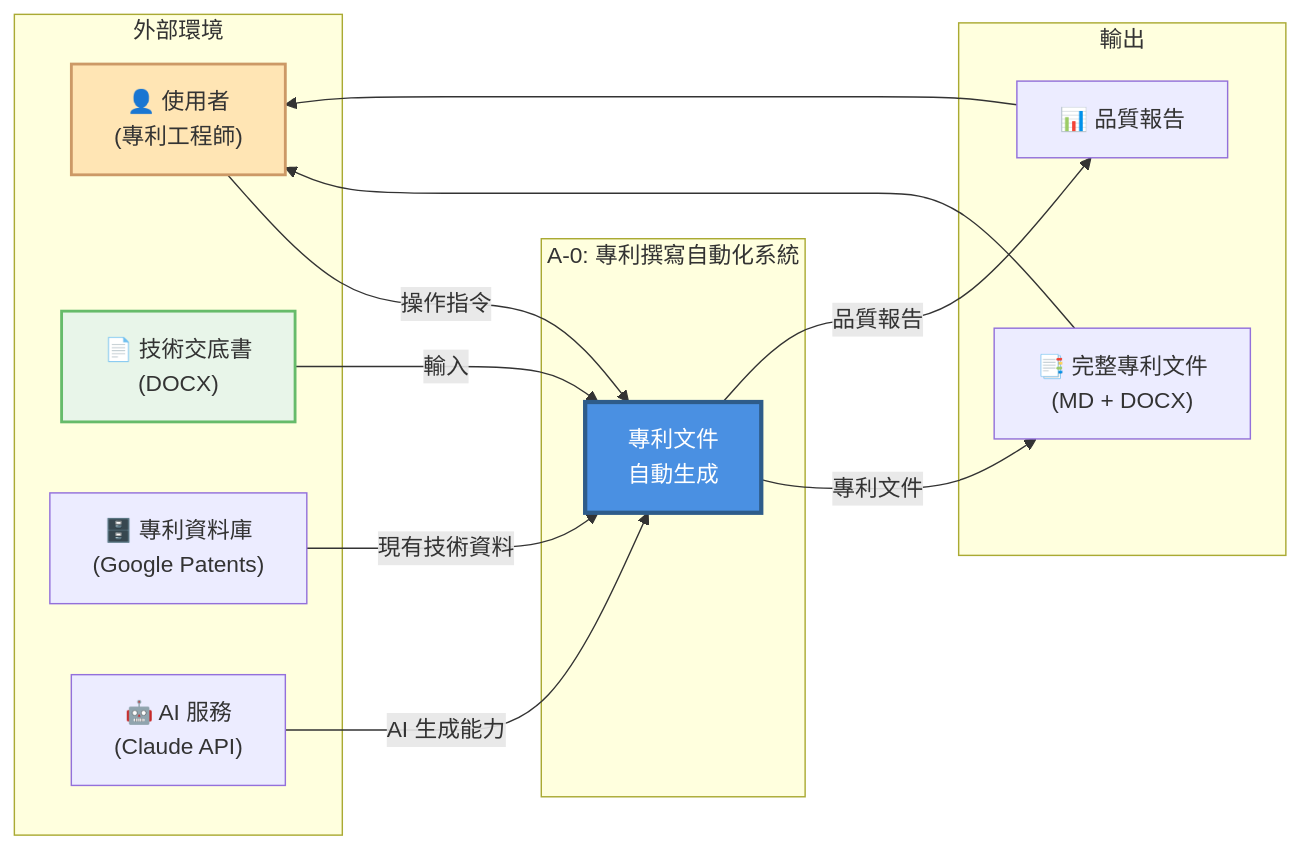
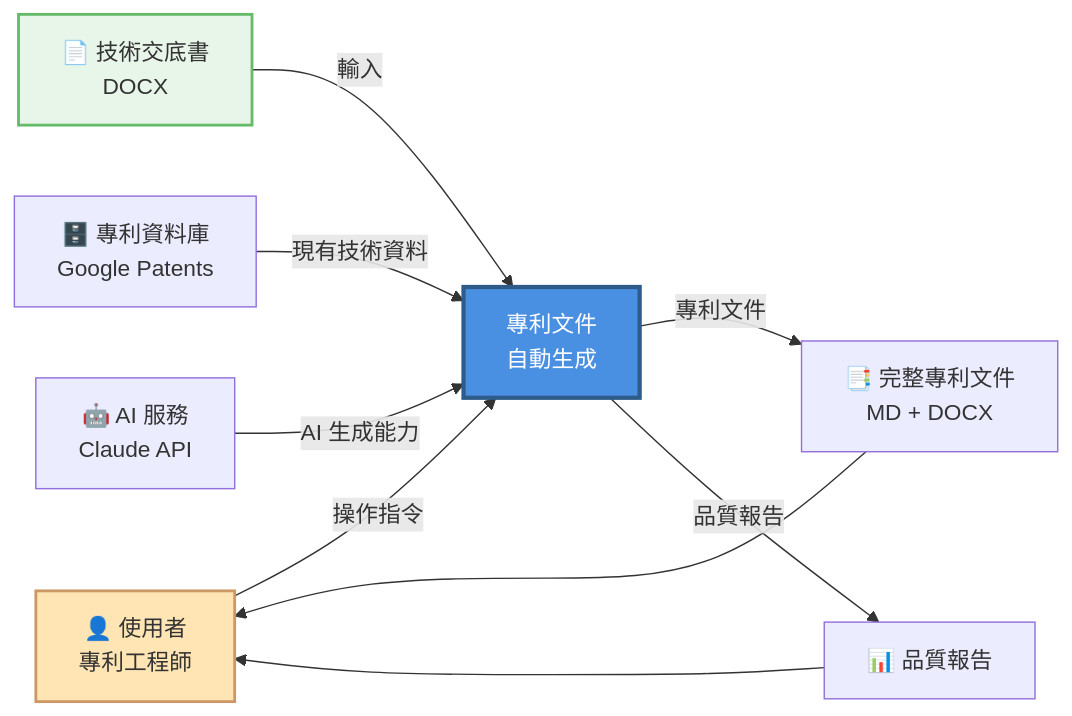
The first of 5 diagrams in docs/A0_system_idef0.md (Raw1mage/PatentDrafter), drawn with Mermaid before and after one commit. The commit also changed other lines of this file, not shown here.

Commit message:
修復所有 Mermaid 圖表語法 - 將 graph 改為 flowchart 並移除 subgraph

````diff
--- a/docs/A0_system_idef0.md
+++ b/docs/A0_system_idef0.md
@@ -70,33 +70,27 @@
 ```mermaid
-graph LR
-    subgraph External["外部環境"]
-        User["👤 使用者<br/>(專利工程師)"]
-        Tech["📄 技術交底書<br/>(DOCX)"]
-        PatentDB["🗄️ 專利資料庫<br/>(Google Patents)"]
-        AI["🤖 AI 服務<br/>(Claude API)"]
-    end
+flowchart LR
+    User["👤 使用者<br/>專利工程師"]
+    Tech["📄 技術交底書<br/>DOCX"]
+    PatentDB["🗄️ 專利資料庫<br/>Google Patents"]
+    AI["🤖 AI 服務<br/>Claude API"]
 
-    subgraph System["A-0: 專利撰寫自動化系統"]
-        Core["專利文件<br/>自動生成"]
-    end
+    Core["專利文件<br/>自動生成"]
 
-    subgraph Output["輸出"]
-        Patent["📑 完整專利文件<br/>(MD + DOCX)"]
-        Report["📊 品質報告"]
-    end
+    Patent["📑 完整專利文件<br/>MD + DOCX"]
+    Report["📊 品質報告"]
 
     Tech -->|輸入| Core
     User -->|操作指令| Core
     PatentDB -->|現有技術資料| Core
     AI -->|AI 生成能力| Core
 
     Core -->|專利文件| Patent
     Core -->|品質報告| Report
 
     Patent --> User
     Report --> User
 
     style Core fill:#4A90E2,stroke:#2E5C8A,stroke-width:3px,color:#fff
     style User fill:#FFE5B4,stroke:#CC9966,stroke-width:2px
     style Tech fill:#E8F5E9,stroke:#66BB6A,stroke-width:2px
 ```
````
